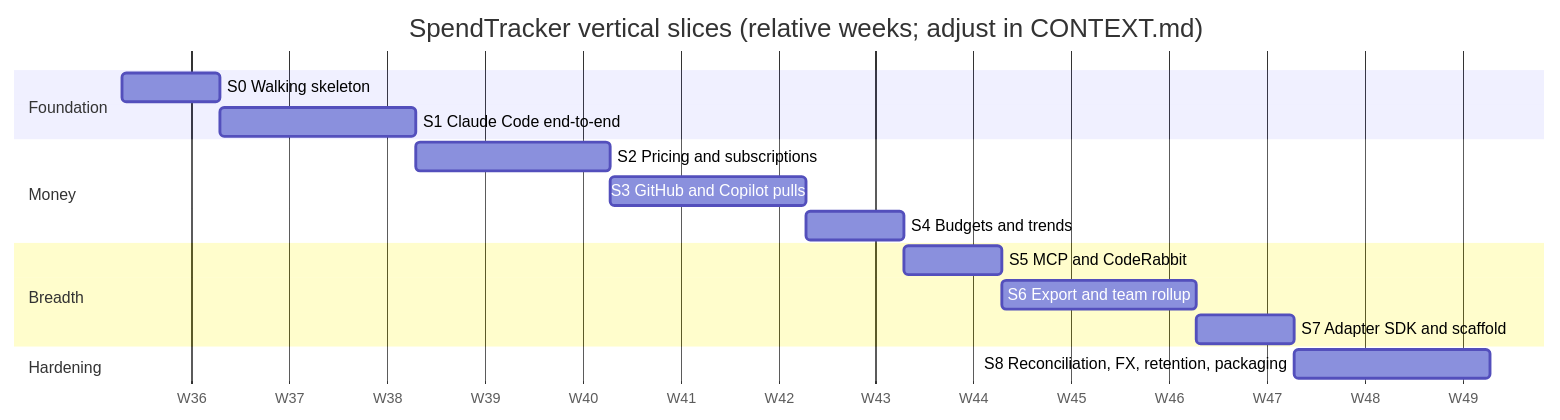
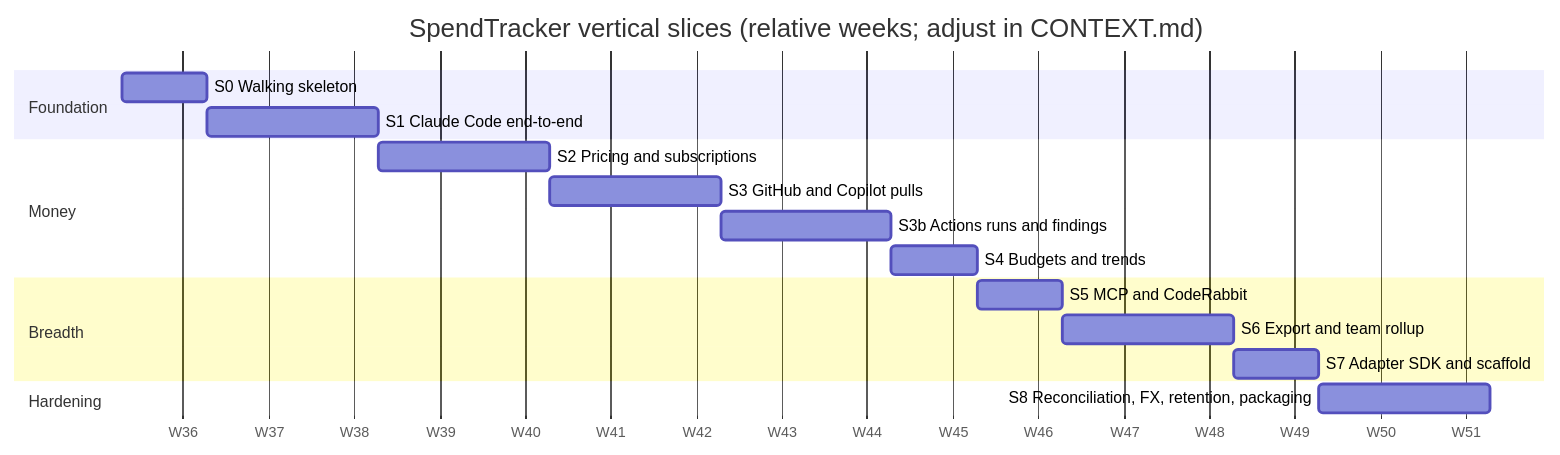
The diagram in docs/02-delivery/VERTICAL-SLICES.md (newellnarco/SpendTracker), drawn with Mermaid before and after one commit. The commit also changed other lines of this file and 14 other files, not shown here.

````diff
--- a/docs/02-delivery/VERTICAL-SLICES.md
+++ b/docs/02-delivery/VERTICAL-SLICES.md
@@ -10,19 +10,20 @@
 ```mermaid
 gantt
     title SpendTracker vertical slices (relative weeks; adjust in CONTEXT.md)
     dateFormat  YYYY-MM-DD
     axisFormat  W%W
     section Foundation
     S0 Walking skeleton           :s0, 2026-09-08, 1w
     S1 Claude Code end-to-end     :s1, after s0, 2w
     section Money
     S2 Pricing and subscriptions  :s2, after s1, 2w
     S3 GitHub and Copilot pulls   :s3, after s2, 2w
-    S4 Budgets and trends         :s4, after s3, 1w
+    S3b Actions runs and findings :s3b, after s3, 2w
+    S4 Budgets and trends         :s4, after s3b, 1w
     section Breadth
     S5 MCP and CodeRabbit         :s5, after s4, 1w
     S6 Export and team rollup     :s6, after s5, 2w
     S7 Adapter SDK and scaffold   :s7, after s6, 1w
     section Hardening
     S8 Reconciliation, FX, retention, packaging :s8, after s7, 2w
 ```
````
